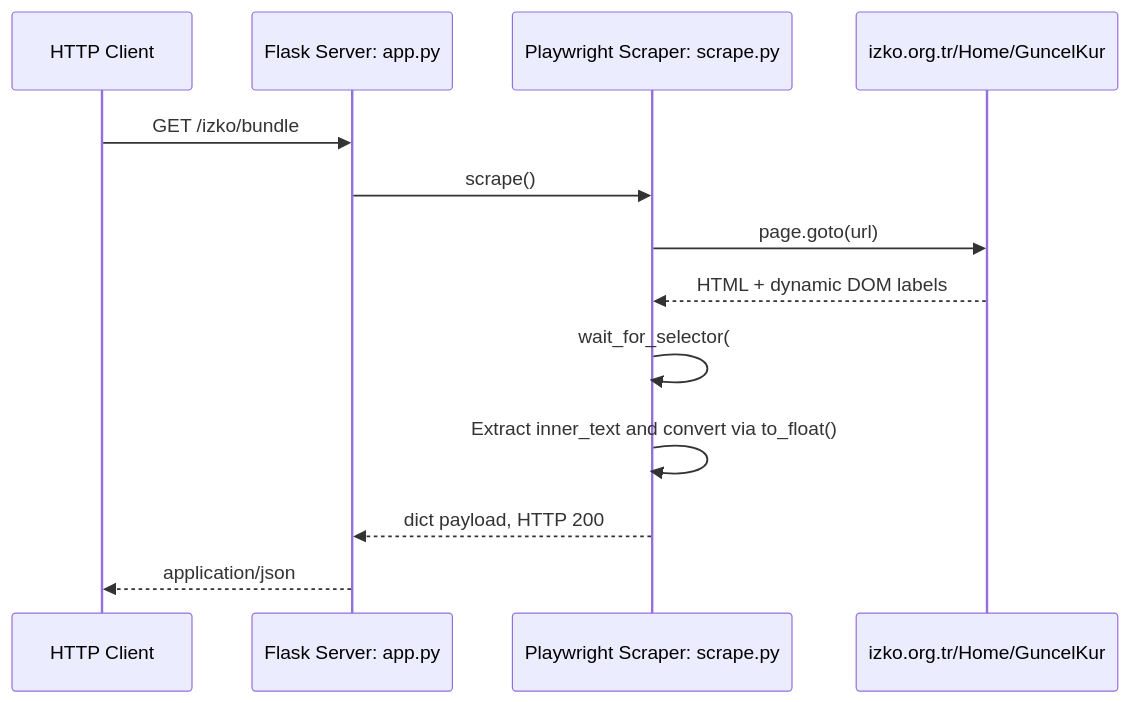
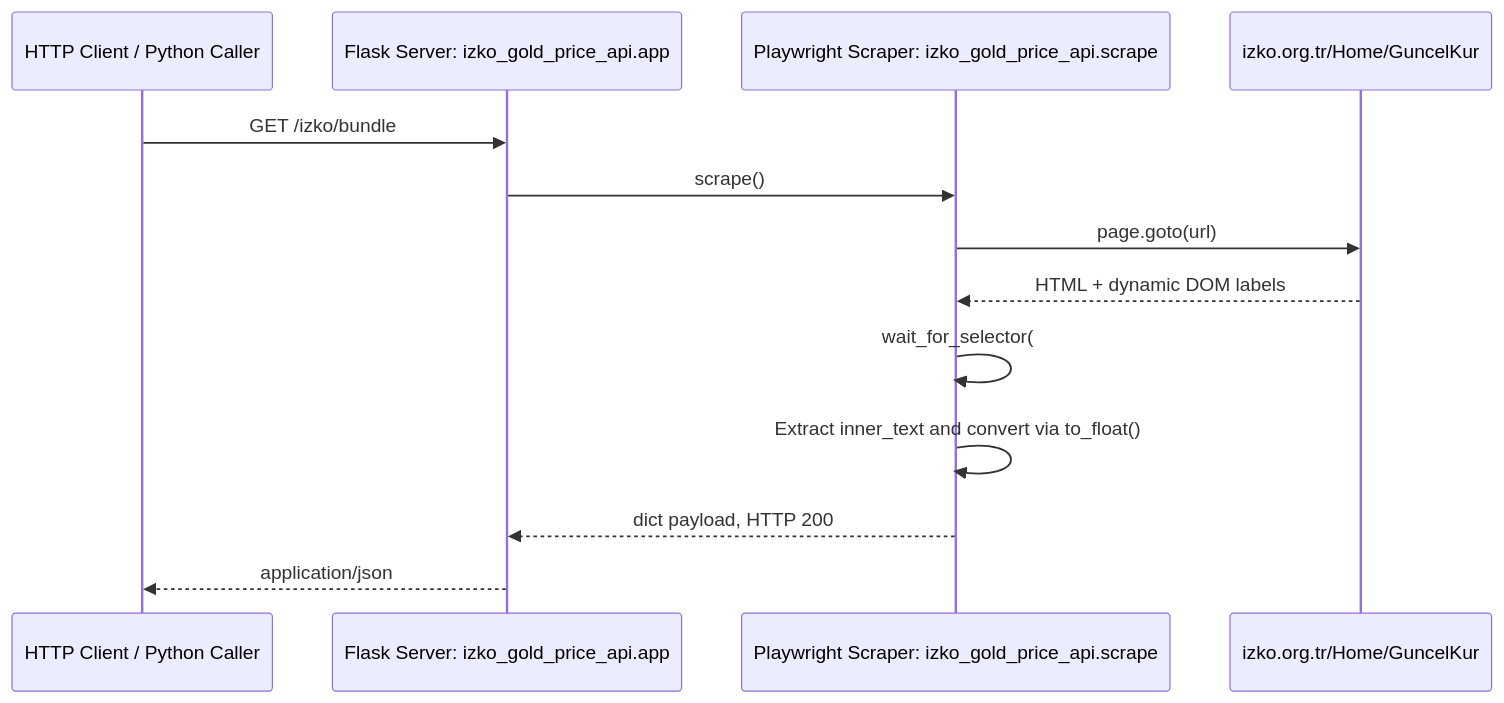
Before and after one commit to AtaCanYmc/izko-gold-price-api: the diagram in README.md, drawn with Mermaid. The commit also changed other lines of this file and 9 other files, not shown here.

Commit message:
refactor(packaging): restructure into src/izko_gold_price_api for PyPI distribution

````diff
--- a/README.md
+++ b/README.md
@@ -27,16 +30,16 @@
 ```mermaid
 sequenceDiagram
-    participant Client as HTTP Client
-    participant Flask as Flask Server: app.py
-    participant Scraper as Playwright Scraper: scrape.py
+    participant Client as HTTP Client / Python Caller
+    participant Flask as Flask Server: izko_gold_price_api.app
+    participant Scraper as Playwright Scraper: izko_gold_price_api.scrape
     participant IZKO as izko.org.tr/Home/GuncelKur
 
     Client->>Flask: GET /izko/bundle
     Flask->>Scraper: scrape()
     Scraper->>IZKO: page.goto(url)
     IZKO-->>Scraper: HTML + dynamic DOM labels
     Scraper->>Scraper: wait_for_selector(#ataLabel)
     Scraper->>Scraper: Extract inner_text and convert via to_float()
     Scraper-->>Flask: dict payload, HTTP 200
     Flask-->>Client: application/json
 ```
````
